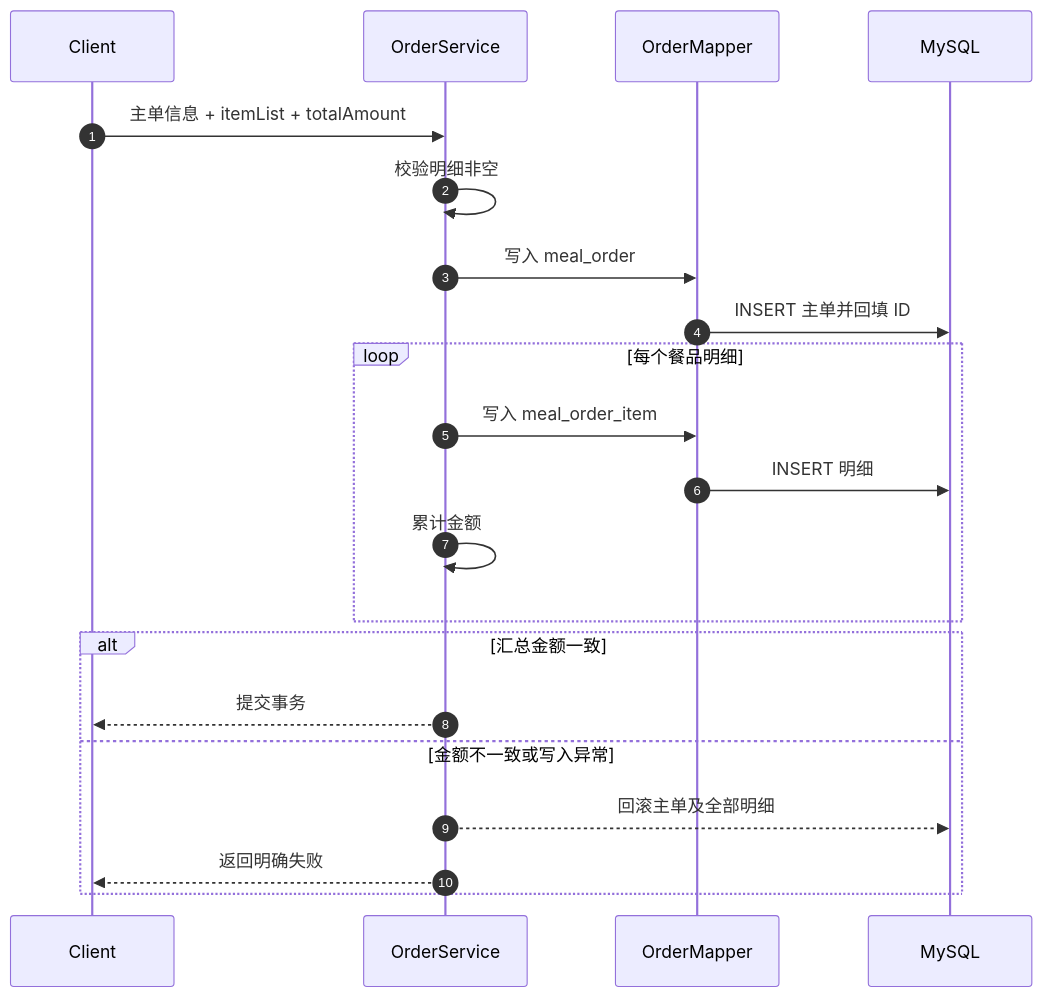
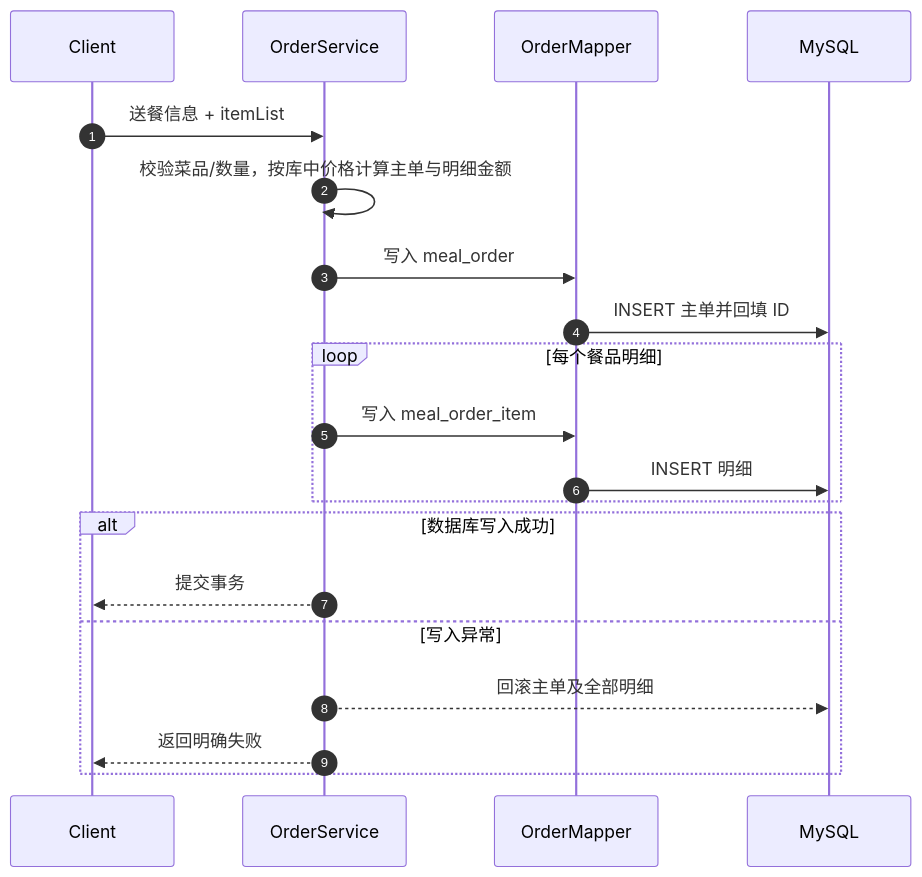
One commit to Attacker687/HotelSystemBackend changed the fifth of 8 diagrams in docs/architecture.md. Above: the diagram before and after it, drawn with Mermaid. The commit also changed other lines of this file and 35 other files, not shown here.

````diff
--- a/docs/architecture.md
+++ b/docs/architecture.md
@@ -180,24 +180,23 @@
 ```mermaid
 sequenceDiagram
     autonumber
     participant C as Client
     participant S as OrderService
     participant M as OrderMapper
     participant DB as MySQL
 
-    C->>S: 主单信息 + itemList + totalAmount
-    S->>S: 校验明细非空
+    C->>S: 送餐信息 + itemList
+    S->>S: 校验菜品/数量，按库中价格计算主单与明细金额
     S->>M: 写入 meal_order
     M->>DB: INSERT 主单并回填 ID
     loop 每个餐品明细
         S->>M: 写入 meal_order_item
         M->>DB: INSERT 明细
-        S->>S: 累计金额
     end
-    alt 汇总金额一致
+    alt 数据库写入成功
         S-->>C: 提交事务
-    else 金额不一致或写入异常
+    else 写入异常
         S-->>DB: 回滚主单及全部明细
         S-->>C: 返回明确失败
     end
 ```
````
